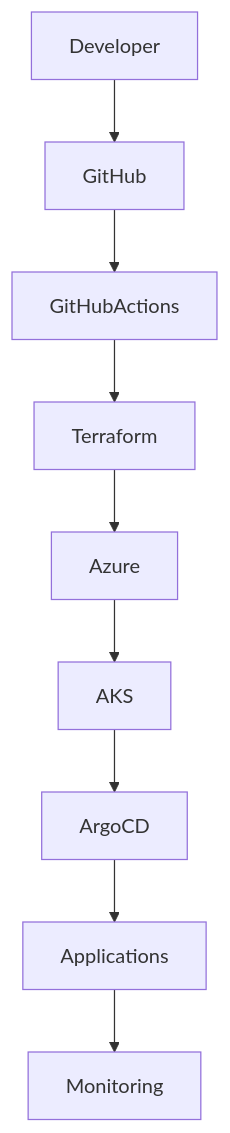
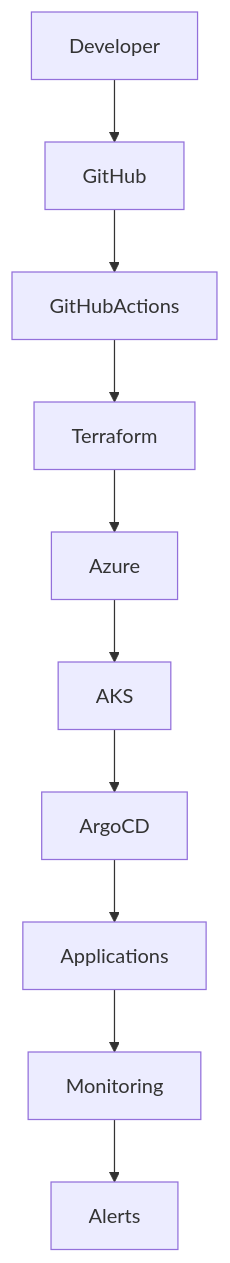
Before and after one commit to Abhinayrasamsetti/enterprise-devops-platform: the diagram in diagrams/platform-overview.mmd, drawn with Mermaid. The commit also changed 6 other files, not shown here.

Commit message:
docs: add enterprise architecture diagrams

```diff
--- a/diagrams/platform-overview.mmd
+++ b/diagrams/platform-overview.mmd
@@ -1,9 +1,10 @@
 graph TD
 Developer-->GitHub
 GitHub-->GitHubActions
 GitHubActions-->Terraform
 Terraform-->Azure
 Azure-->AKS
 AKS-->ArgoCD
 ArgoCD-->Applications
 Applications-->Monitoring
+Monitoring-->Alerts
```
